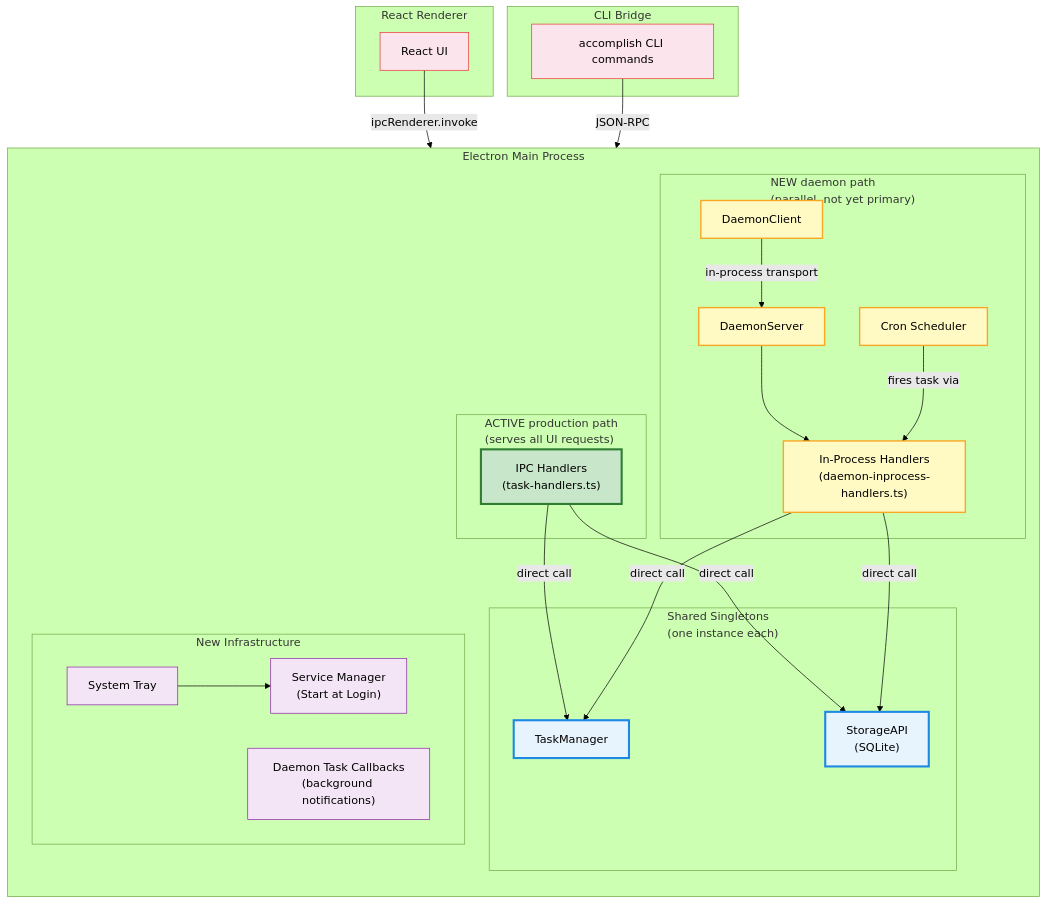
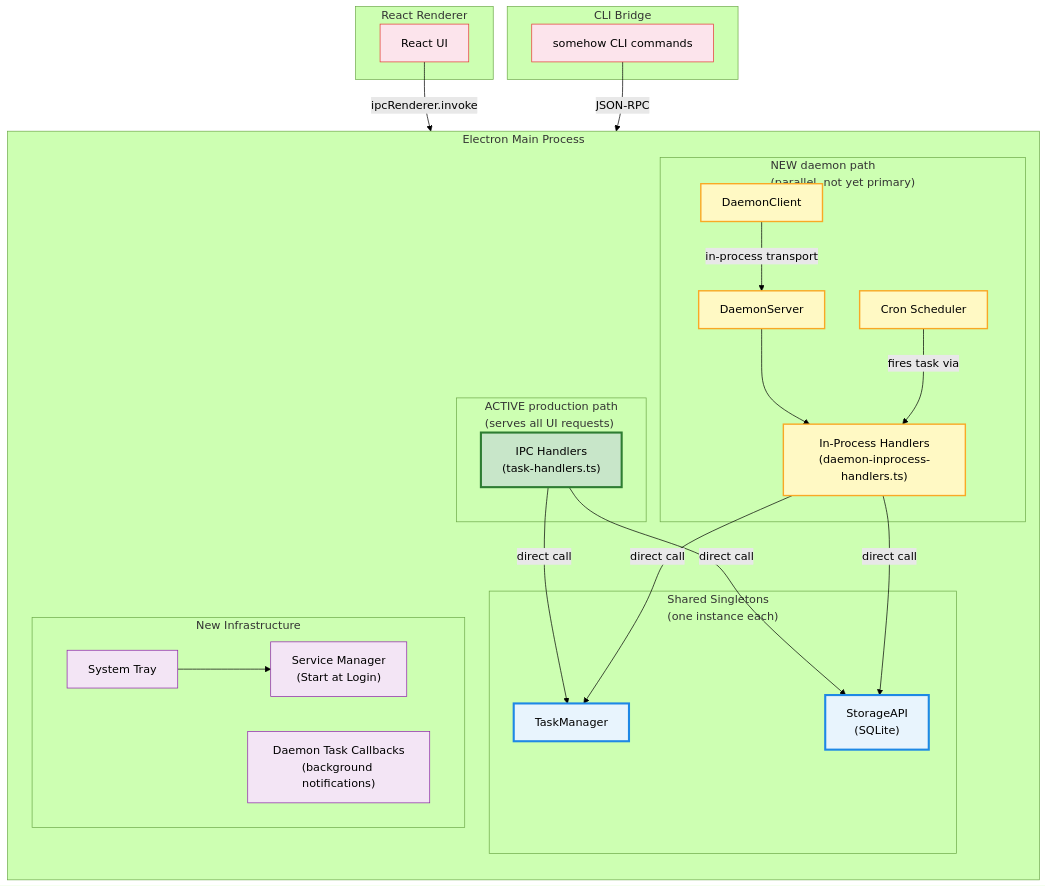
One commit to its-harshit/openplish changed the second of 9 diagrams in docs/daemon-architecture.md. Above: the diagram before and after it, drawn with Mermaid (forest theme). The commit also changed other lines of this file and 148 other files, not shown here.

````diff
--- a/docs/daemon-architecture.md
+++ b/docs/daemon-architecture.md
@@ -57,66 +57,66 @@
 ```mermaid
 graph TB
     subgraph MAIN_PROCESS["Electron Main Process"]
         direction TB
 
         subgraph ACTIVE["ACTIVE production path<br/>(serves all UI requests)"]
             IPC_H["IPC Handlers<br/>(task-handlers.ts)"]
         end
 
         subgraph DAEMON_PATH["NEW daemon path<br/>(parallel, not yet primary)"]
             D_SERVER["DaemonServer"]
             D_CLIENT["DaemonClient"]
             D_HANDLERS["In-Process Handlers<br/>(daemon-inprocess-handlers.ts)"]
             SCHEDULER["Cron Scheduler"]
         end
 
         subgraph SINGLETONS["Shared Singletons<br/>(one instance each)"]
             TM["TaskManager"]
             STORAGE["StorageAPI<br/>(SQLite)"]
         end
 
         subgraph NEW_INFRA["New Infrastructure"]
             TRAY["System Tray"]
             SVC_MGR["Service Manager<br/>(Start at Login)"]
             DAEMON_CB["Daemon Task Callbacks<br/>(background notifications)"]
         end
     end
 
     subgraph RENDERER["React Renderer"]
         UI["React UI"]
     end
 
     subgraph CLI_BRIDGE["CLI Bridge"]
-        CLI["accomplish CLI commands"]
+        CLI["somehow CLI commands"]
     end
 
     %% Active path: UI → IPC → singletons directly
     UI -->|"ipcRenderer.invoke"| IPC_H
     IPC_H -->|"direct call"| TM
     IPC_H -->|"direct call"| STORAGE
 
     %% Daemon path: CLI → DaemonClient → DaemonServer → singletons
     CLI -->|"JSON-RPC"| D_CLIENT
     D_CLIENT -->|"in-process transport"| D_SERVER
     D_SERVER --> D_HANDLERS
     D_HANDLERS -->|"direct call"| TM
     D_HANDLERS -->|"direct call"| STORAGE
 
     %% Scheduler uses daemon path
     SCHEDULER -->|"fires task via"| D_HANDLERS
 
     %% Tray
     TRAY --> SVC_MGR
 
     classDef active fill:#c8e6c9,stroke:#2e7d32,stroke-width:3px
     classDef daemon fill:#fff9c4,stroke:#f9a825,stroke-width:2px
     classDef shared fill:#e8f4fd,stroke:#1e88e5,stroke-width:3px
     classDef infra fill:#f3e5f5,stroke:#8e24aa
     classDef external fill:#fce4ec,stroke:#e53935
 
     class IPC_H active
     class D_SERVER,D_CLIENT,D_HANDLERS,SCHEDULER daemon
     class TM,STORAGE shared
     class TRAY,SVC_MGR,DAEMON_CB infra
     class UI,CLI external
 ```
````
